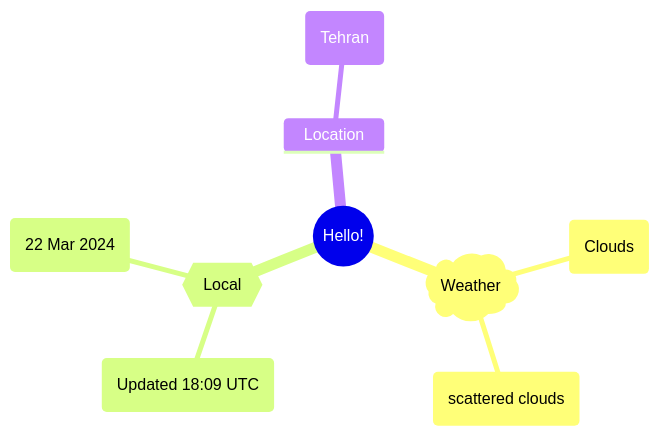
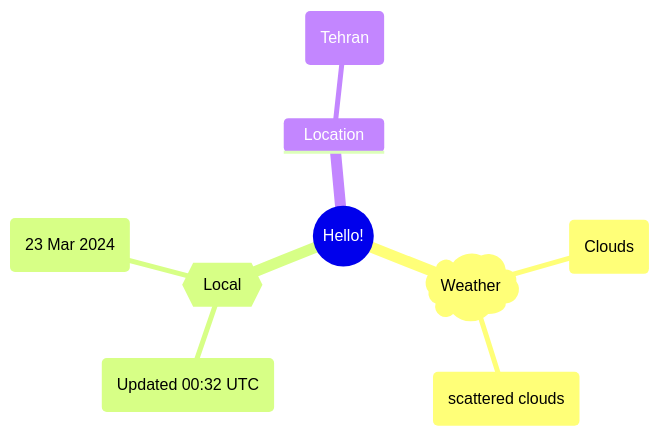
Before and after one commit to Xosrov/Xosrov: the first of 2 diagrams in README.md, drawn with Mermaid.

Commit message:
[bot] updated images

````diff
--- a/README.md
+++ b/README.md
@@ -3,12 +3,12 @@
 ```mermaid
 mindmap
   root((Hello!))
     )Weather(
         (Clouds)
         (scattered clouds)
     {{Local}}
-        (Updated 18:09 UTC)
-        (22 Mar 2024)
+        (Updated 00:32 UTC)
+        (23 Mar 2024)
     Location
         (Tehran)
 ```
````
